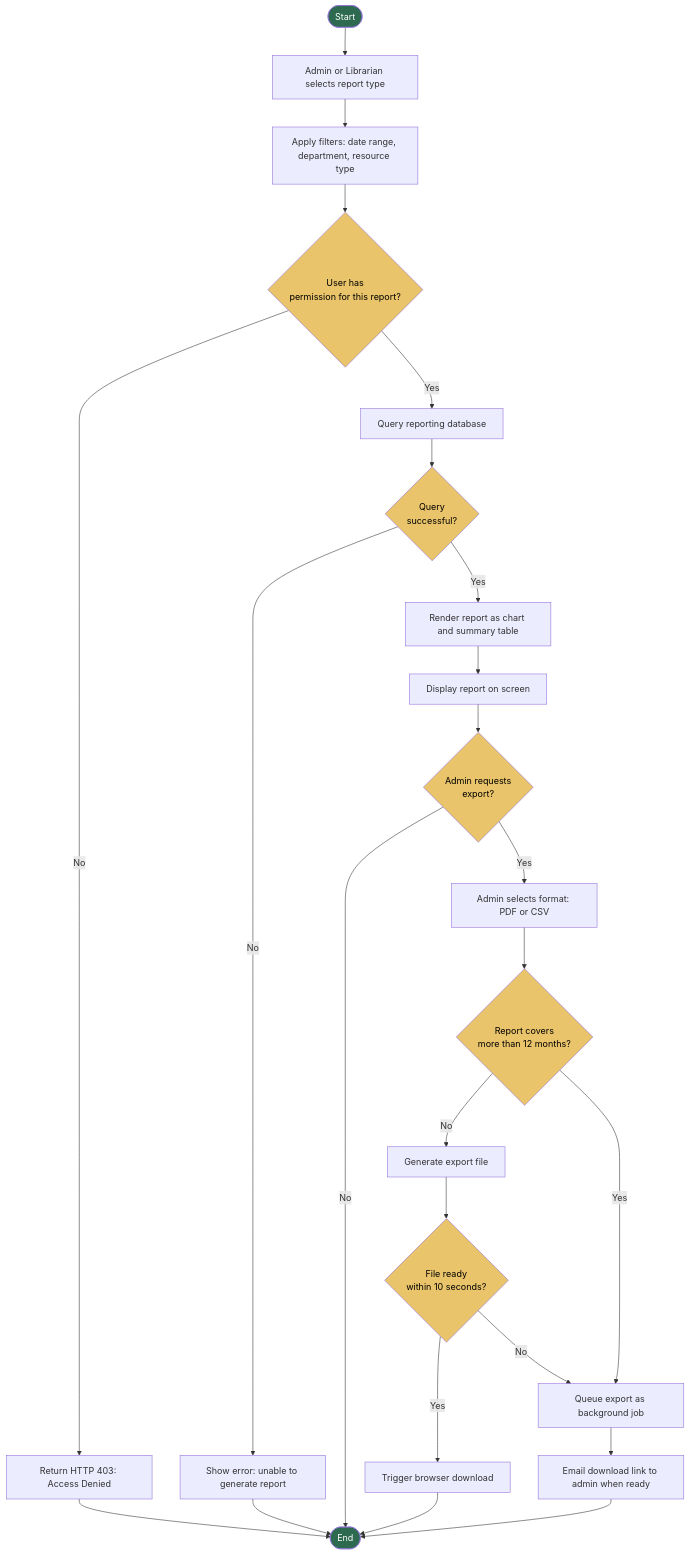
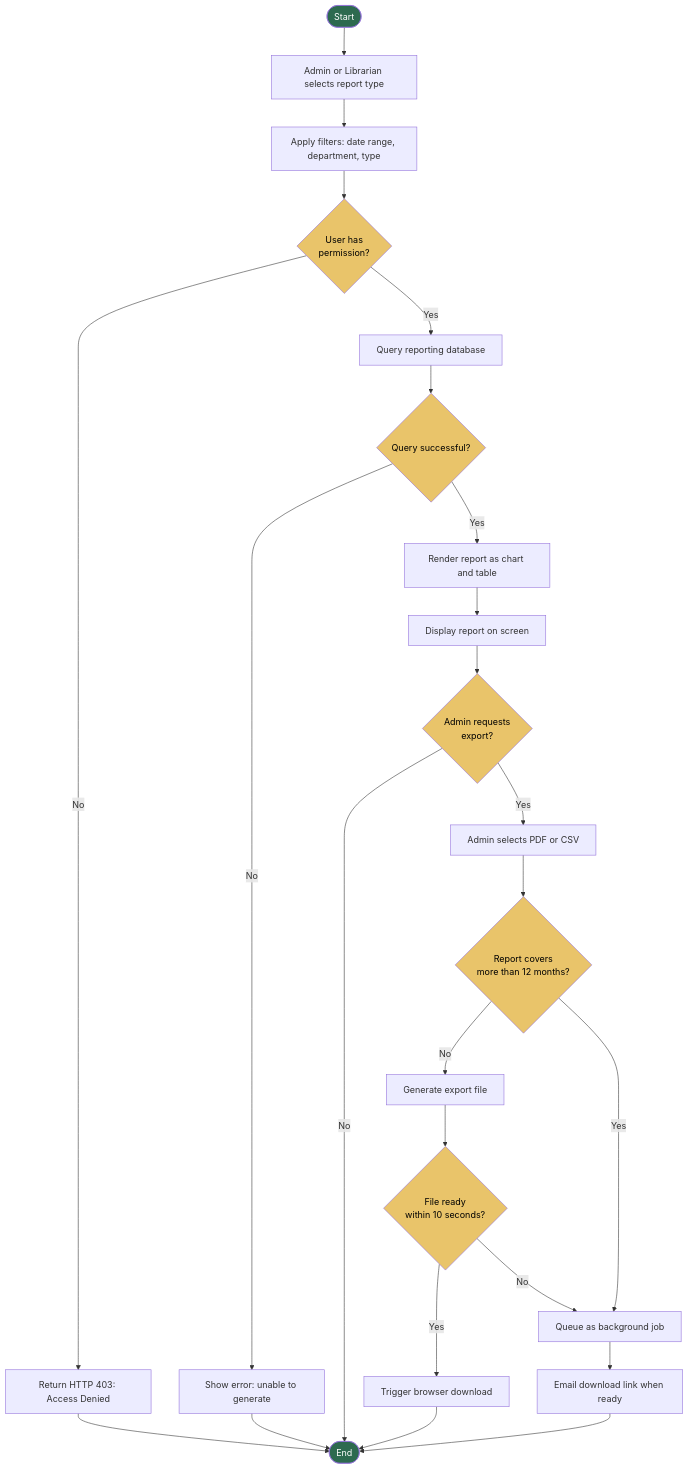
Before and after one commit to 211225347/Smart-Academic-Library-Assistance-System-SALAS-: the eighth of 8 diagrams in ACTIVITY_DIAGRAMS.md, drawn with Mermaid. The commit also changed other lines of this file, not shown here.

````diff
--- a/ACTIVITY_DIAGRAMS.md
+++ b/ACTIVITY_DIAGRAMS.md
@@ -345,34 +370,34 @@
 ```mermaid
 flowchart TD
     A([Start]) --> B[Admin or Librarian selects report type]
-    B --> C[Apply filters: date range, department, resource type]
-    C --> D{User has\npermission for this report?}
+    B --> C[Apply filters: date range, department, type]
+    C --> D{User has\npermission?}
     D -- No --> E[Return HTTP 403: Access Denied]
     E --> Z([End])
     D -- Yes --> F[Query reporting database]
-    F --> G{Query\nsuccessful?}
-    G -- No --> H[Show error: unable to generate report]
+    F --> G{Query successful?}
+    G -- No --> H[Show error: unable to generate]
     H --> Z
-    G -- Yes --> I[Render report as chart and summary table]
+    G -- Yes --> I[Render report as chart and table]
     I --> J[Display report on screen]
     J --> K{Admin requests\nexport?}
     K -- No --> Z
-    K -- Yes --> L[Admin selects format: PDF or CSV]
+    K -- Yes --> L[Admin selects PDF or CSV]
     L --> M{Report covers\nmore than 12 months?}
     M -- No --> N[Generate export file]
     N --> O{File ready\nwithin 10 seconds?}
     O -- Yes --> P[Trigger browser download]
-    O -- No --> Q[Queue export as background job]
-    Q --> R[Email download link to admin when ready]
+    O -- No --> Q[Queue as background job]
     M -- Yes --> Q
+    Q --> R[Email download link when ready]
     P --> Z
     R --> Z
 
     style A fill:#2d6a4f,color:#fff
     style Z fill:#2d6a4f,color:#fff
     style D fill:#e9c46a,color:#000
     style G fill:#e9c46a,color:#000
     style K fill:#e9c46a,color:#000
     style M fill:#e9c46a,color:#000
     style O fill:#e9c46a,color:#000
 ```
````
